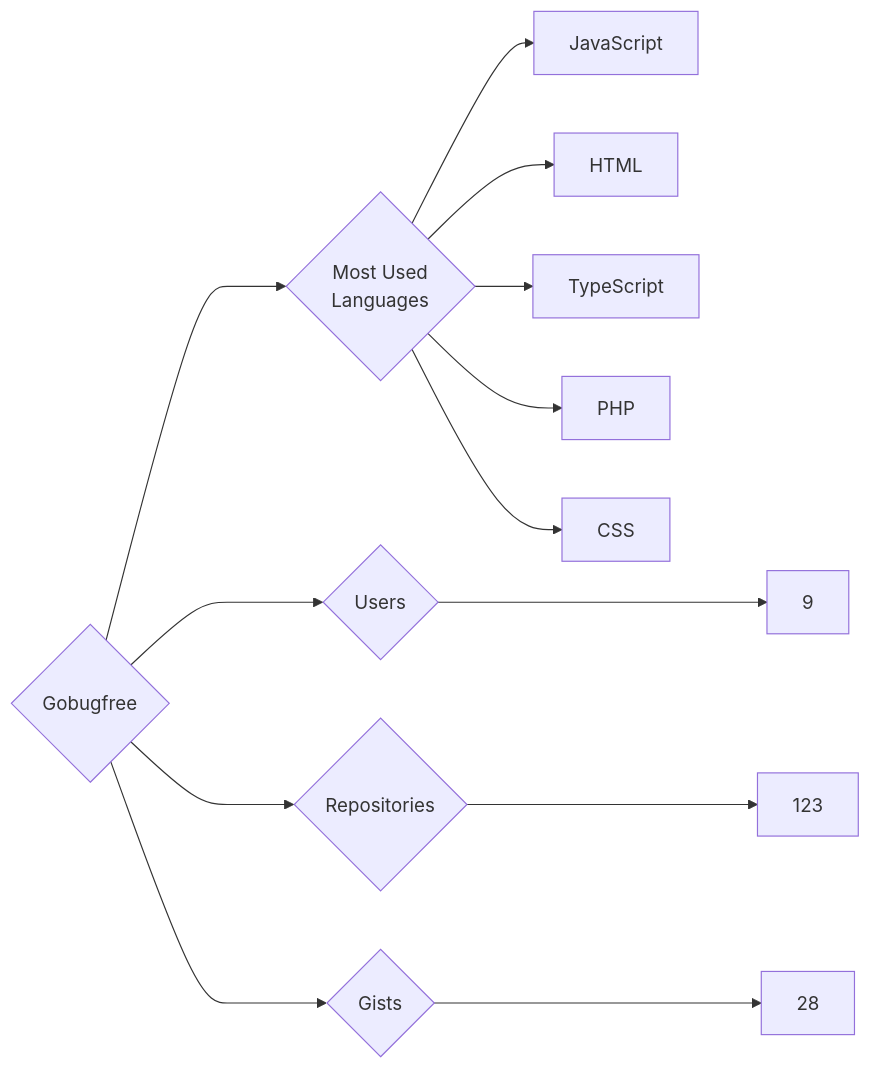
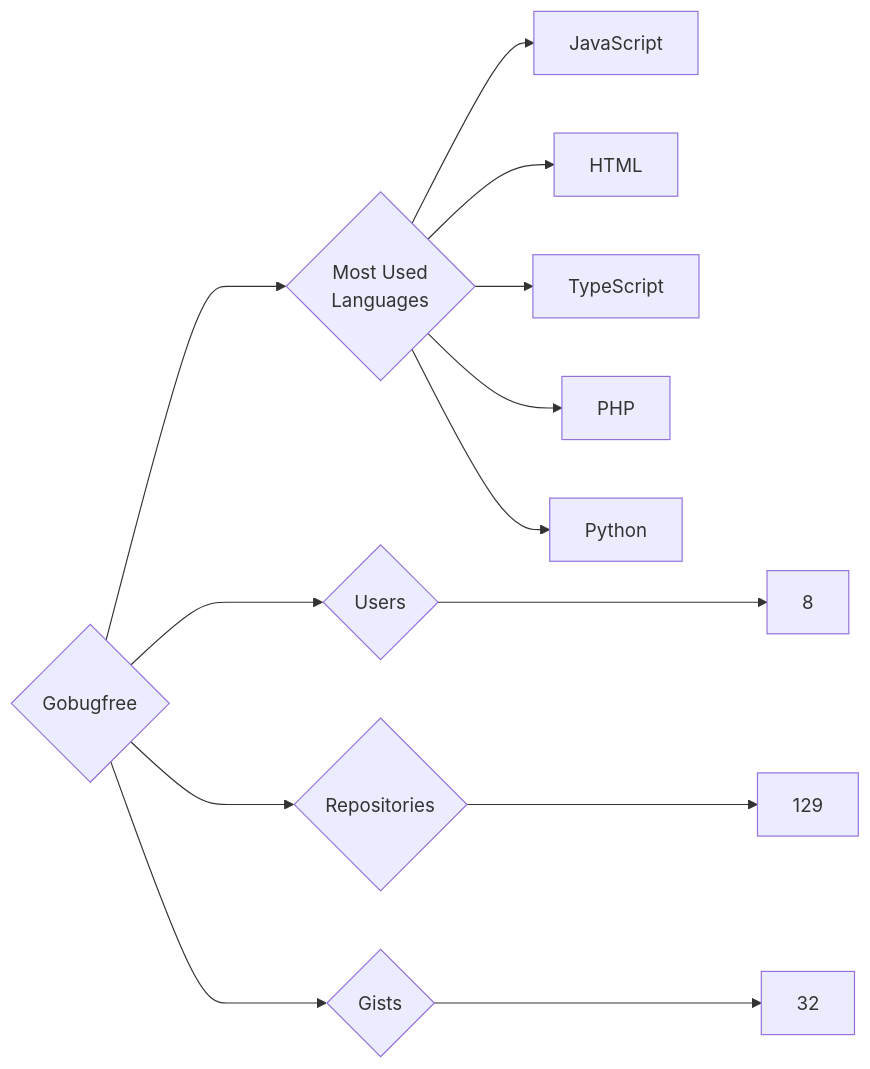
One commit to trickest/insiders changed the diagram in targets/Gobugfree/README.md. Above: the diagram before and after it, drawn with Mermaid. The commit also changed 998 other files, not shown here.

````diff
--- a/targets/Gobugfree/README.md
+++ b/targets/Gobugfree/README.md
@@ -3,13 +3,13 @@
 ```mermaid
 graph LR
 COMPANY_NAME{Gobugfree}
-COMPANY_NAME ---> U{Users} ---> UN[9]
-COMPANY_NAME ---> R{Repositories} ---> RN[123]
-COMPANY_NAME ---> G{Gists} ---> GN[28]
+COMPANY_NAME ---> U{Users} ---> UN[8]
+COMPANY_NAME ---> R{Repositories} ---> RN[129]
+COMPANY_NAME ---> G{Gists} ---> GN[32]
 COMPANY_NAME ---> ML{Most Used<br>Languages}
 ML --> JavaScript[JavaScript]
 ML --> HTML[HTML]
 ML --> TypeScript[TypeScript]
 ML --> PHP[PHP]
-ML --> CSS[CSS]
+ML --> Python[Python]
 ```
````
